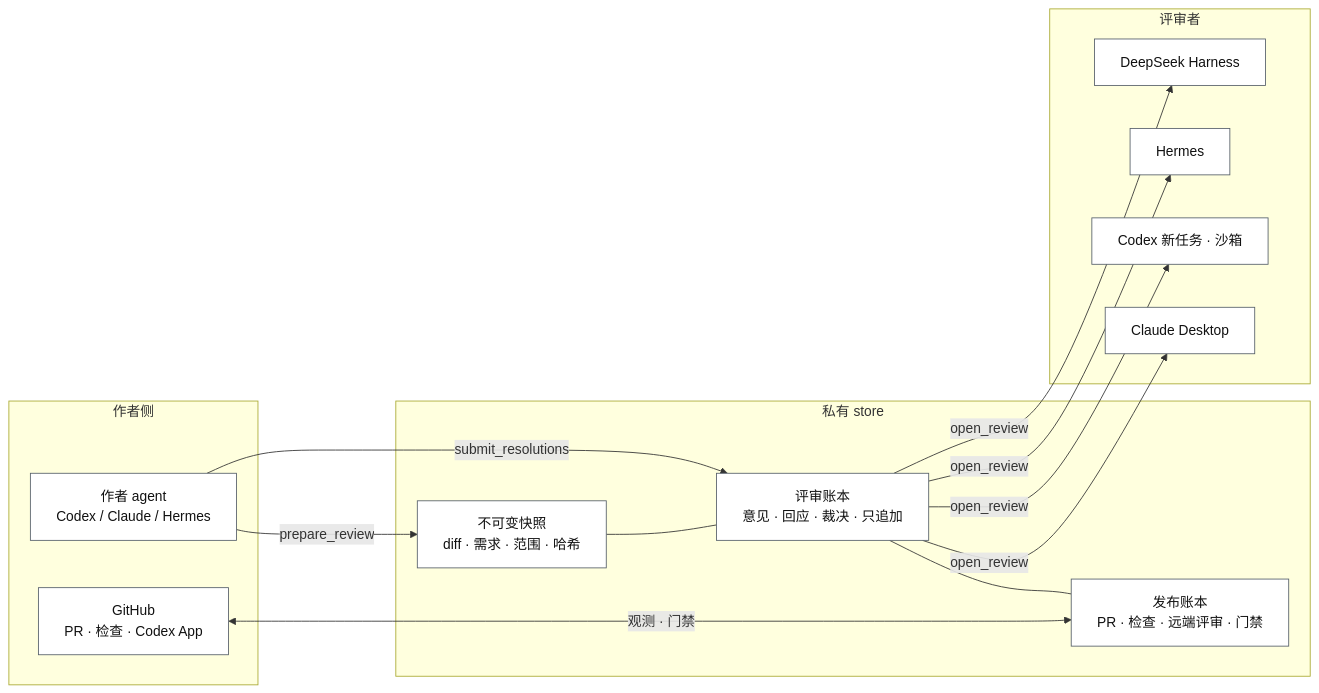
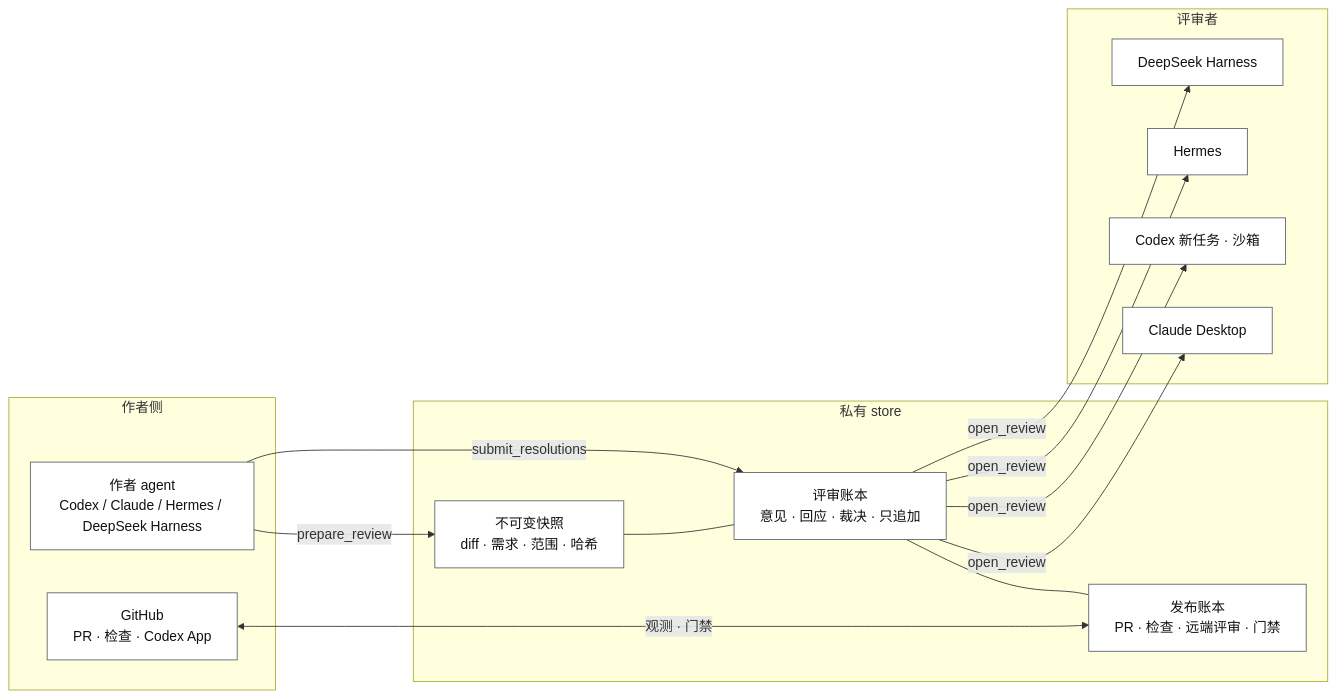
Before and after one commit to fengjiachun/review-bridge: the first of 4 diagrams in docs/overview.zh.md, drawn with Mermaid. The commit also changed other lines of this file and 1 other file, not shown here.

````diff
--- a/docs/overview.zh.md
+++ b/docs/overview.zh.md
@@ -34,28 +34,28 @@
 ```mermaid
 flowchart LR
   subgraph author["作者侧"]
-    A["作者 agent<br/>Codex / Claude / Hermes"]
+    A["作者 agent<br/>Codex / Claude / Hermes / DeepSeek Harness"]
     G["GitHub<br/>PR · 检查 · Codex App"]
   end
   subgraph store["私有 store"]
     S["不可变快照<br/>diff · 需求 · 范围 · 哈希"]
     L["评审账本<br/>意见 · 回应 · 裁决 · 只追加"]
     P["发布账本<br/>PR · 检查 · 远端评审 · 门禁"]
   end
   subgraph reviewers["评审者"]
     R1["Claude Desktop"]
     R2["Codex 新任务 · 沙箱"]
     R3["Hermes"]
     R4["DeepSeek Harness"]
   end
   A -- prepare_review --> S
   A -- submit_resolutions --> L
   S --- L --- P
   G <-- "观测 · 门禁" --> P
   L -- open_review --> R1
   L -- open_review --> R2
   L -- open_review --> R3
   L -- open_review --> R4
   classDef n fill:#ffffff,stroke:#57606a,stroke-width:1px,color:#111111;
   class A,G,S,L,P,R1,R2,R3,R4 n;
 ```
````
